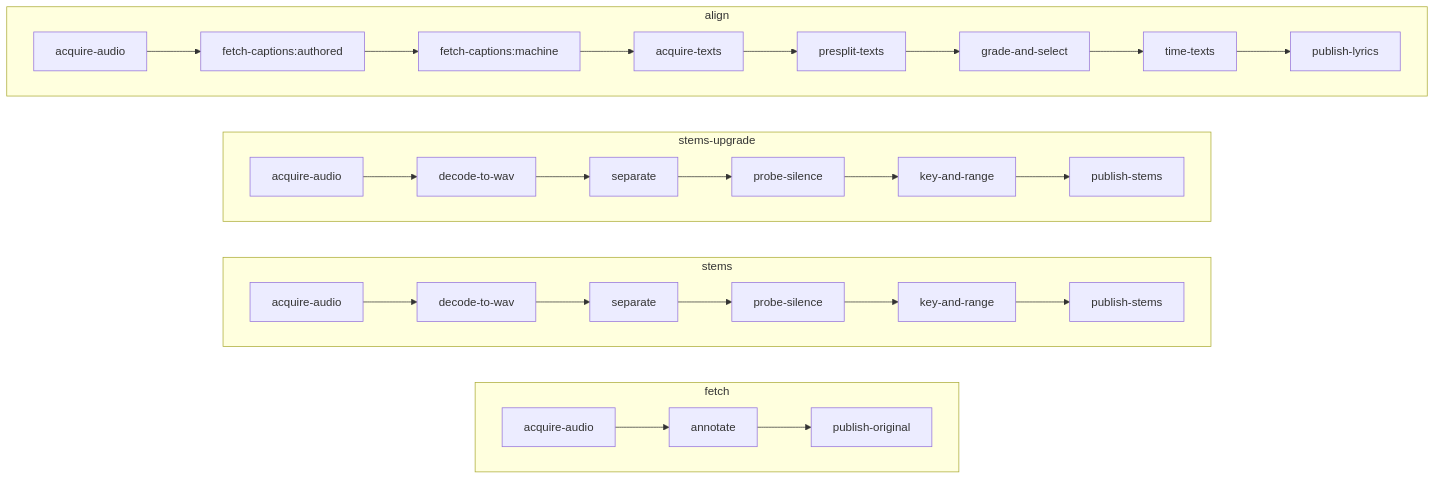
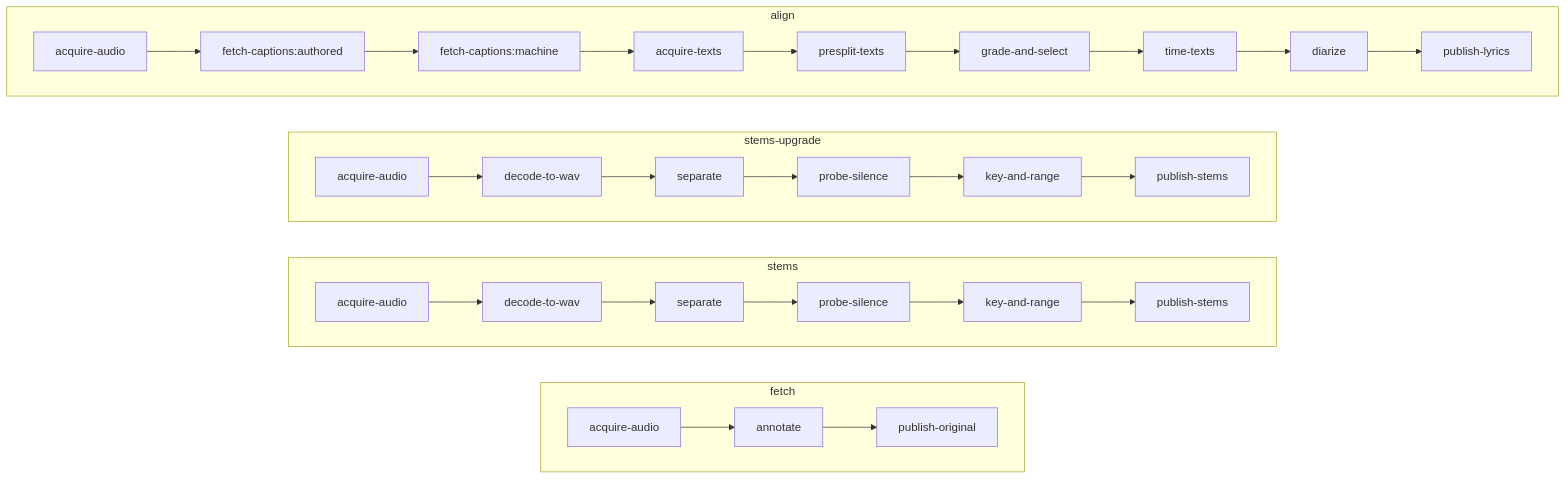
One commit to OnlyOneByte/Encore changed the diagram in docs/ARCHITECTURE.md. Above: the diagram before and after it, drawn with Mermaid. The commit also changed other lines of this file and 13 other files, not shown here.

````diff
--- a/docs/ARCHITECTURE.md
+++ b/docs/ARCHITECTURE.md
@@ -666,57 +667,59 @@
 ```mermaid
 flowchart LR
   subgraph fetch[fetch]
     direction LR
     fetch_0["acquire-audio"]
     fetch_1["annotate"]
     fetch_2["publish-original"]
     fetch_0 --> fetch_1
     fetch_1 --> fetch_2
   end
   subgraph stems[stems]
     direction LR
     stems_0["acquire-audio"]
     stems_1["decode-to-wav"]
     stems_2["separate"]
     stems_3["probe-silence"]
     stems_4["key-and-range"]
     stems_5["publish-stems"]
     stems_0 --> stems_1
     stems_1 --> stems_2
     stems_2 --> stems_3
     stems_3 --> stems_4
     stems_4 --> stems_5
   end
   subgraph stems_upgrade[stems-upgrade]
     direction LR
     stems_upgrade_0["acquire-audio"]
     stems_upgrade_1["decode-to-wav"]
     stems_upgrade_2["separate"]
     stems_upgrade_3["probe-silence"]
     stems_upgrade_4["key-and-range"]
     stems_upgrade_5["publish-stems"]
     stems_upgrade_0 --> stems_upgrade_1
     stems_upgrade_1 --> stems_upgrade_2
     stems_upgrade_2 --> stems_upgrade_3
     stems_upgrade_3 --> stems_upgrade_4
     stems_upgrade_4 --> stems_upgrade_5
   end
   subgraph align[align]
     direction LR
     align_0["acquire-audio"]
     align_1["fetch-captions:authored"]
     align_2["fetch-captions:machine"]
     align_3["acquire-texts"]
     align_4["presplit-texts"]
     align_5["grade-and-select"]
     align_6["time-texts"]
-    align_7["publish-lyrics"]
+    align_7["diarize"]
+    align_8["publish-lyrics"]
     align_0 --> align_1
     align_1 --> align_2
     align_2 --> align_3
     align_3 --> align_4
     align_4 --> align_5
     align_5 --> align_6
     align_6 --> align_7
+    align_7 --> align_8
   end
 ```
````
